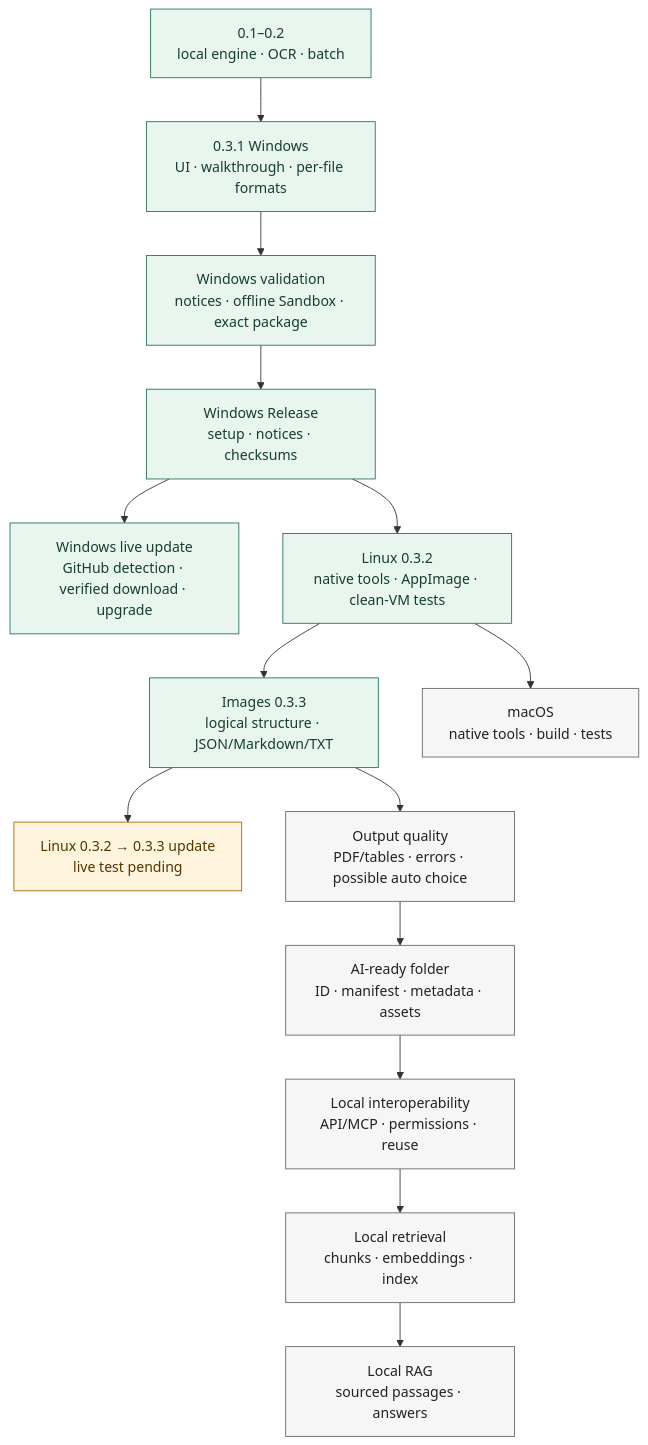
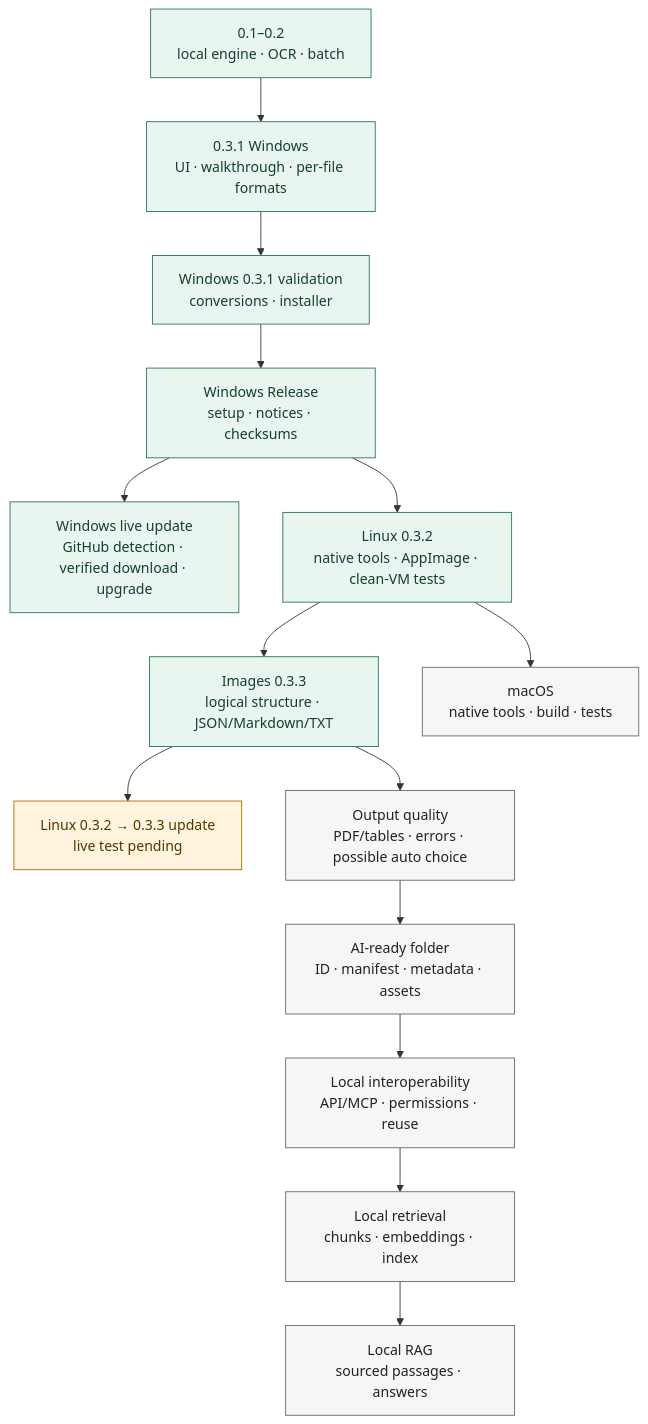
Before and after one commit to ergocogn/local-ai-ready-converter-releases: the diagram in docs/ROADMAP.en.md, drawn with Mermaid. The commit also changed other lines of this file and 8 other files, not shown here.

````diff
--- a/docs/ROADMAP.en.md
+++ b/docs/ROADMAP.en.md
@@ -7,22 +7,22 @@
 ```mermaid
 flowchart TB
   A["0.1–0.2<br/>local engine · OCR · batch"] --> B["0.3.1 Windows<br/>UI · walkthrough · per-file formats"]
-  B --> C["Windows validation<br/>notices · offline Sandbox · exact package"]
+  B --> C["Windows 0.3.1 validation<br/>conversions · installer"]
   C --> D["Windows Release<br/>setup · notices · checksums"]
   D --> U["Windows live update<br/>GitHub detection · verified download · upgrade"]
 
   D --> L["Linux 0.3.2<br/>native tools · AppImage · clean-VM tests"] --> S["Images 0.3.3<br/>logical structure · JSON/Markdown/TXT"]
   S --> UL["Linux 0.3.2 → 0.3.3 update<br/>live test pending"]
   L --> M["macOS<br/>native tools · build · tests"]
   S --> Q["Output quality<br/>PDF/tables · errors · possible auto choice"]
   Q --> F["AI-ready folder<br/>ID · manifest · metadata · assets"]
   F --> P["Local interoperability<br/>API/MCP · permissions · reuse"]
   P --> K["Local retrieval<br/>chunks · embeddings · index"] --> R["Local RAG<br/>sourced passages · answers"]
 
   classDef done fill:#e9f5ef,stroke:#287451,color:#173f2e
   classDef active fill:#fff4dd,stroke:#a56b00,color:#553600
   classDef future fill:#f6f6f6,stroke:#666,color:#222
   class A,B,C,D,U,L,S done
   class UL active
   class M,Q,F,P,K,R future
 ```
````
